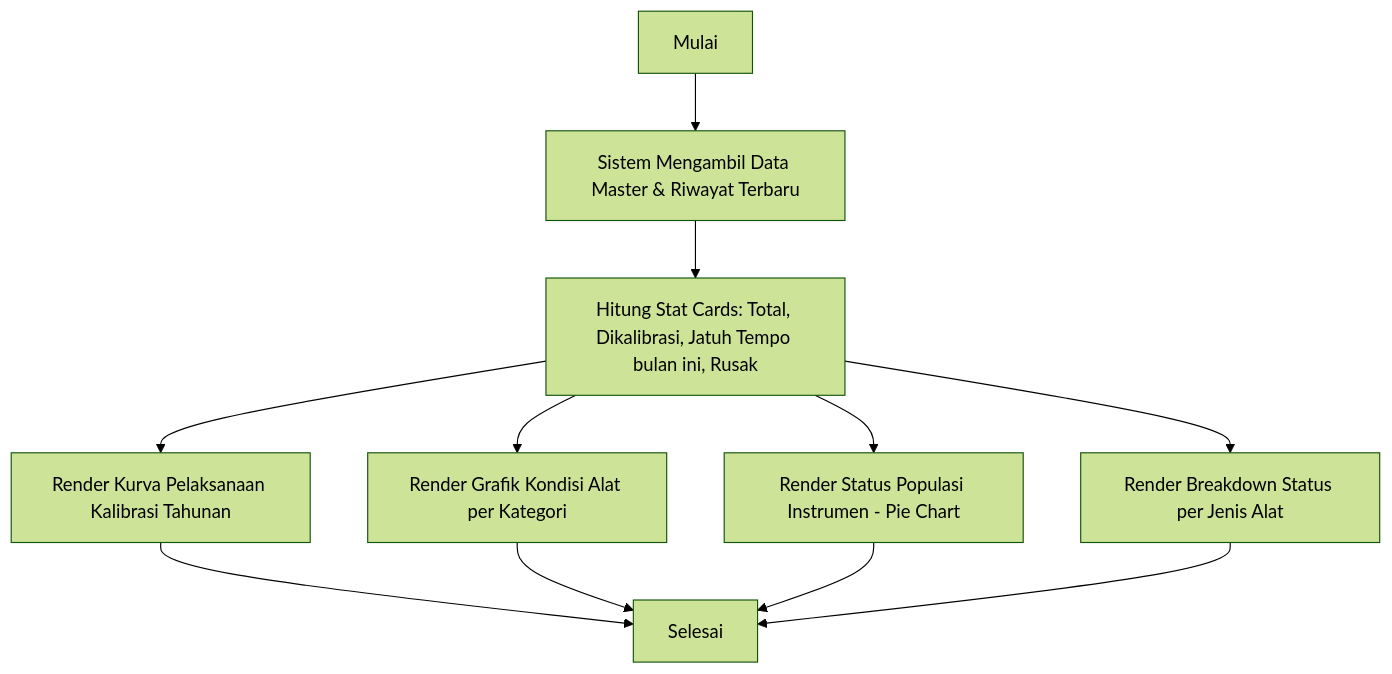
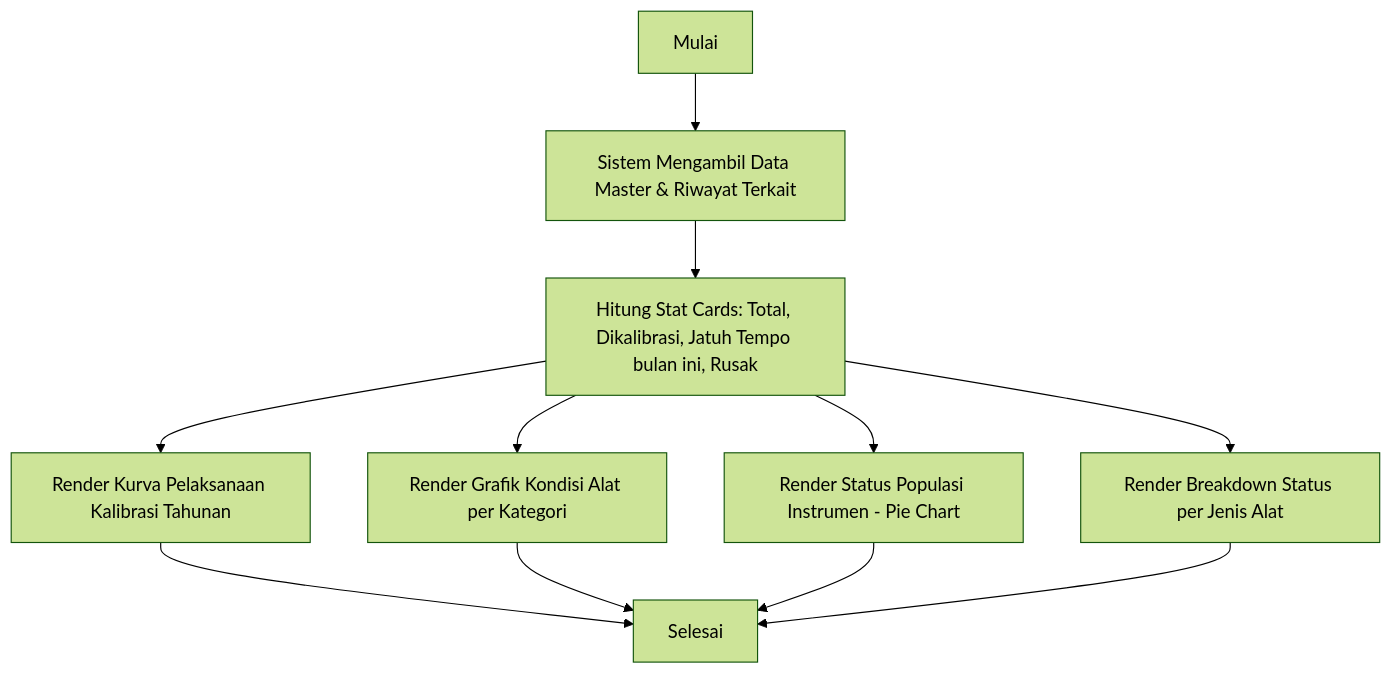
Before and after one commit to ebenlimbong/pmn-kalibrasi: the third of 7 diagrams in bpm_blueprint_teknis.md, drawn with Mermaid (forest theme). The commit also changed other lines of this file and 1 other file, not shown here.

````diff
--- a/bpm_blueprint_teknis.md
+++ b/bpm_blueprint_teknis.md
@@ -104,10 +103,10 @@
 ```mermaid
 flowchart TD
-    A[Mulai] --> B[Sistem Mengambil Data Master & Riwayat Terbaru]
+    A[Mulai] --> B[Sistem Mengambil Data Master & Riwayat Terkait]
     B --> C[Hitung Stat Cards: Total, Dikalibrasi, Jatuh Tempo bulan ini, Rusak]
     C --> D[Render Kurva Pelaksanaan Kalibrasi Tahunan]
     C --> E[Render Grafik Kondisi Alat per Kategori]
     C --> F[Render Status Populasi Instrumen - Pie Chart]
     C --> G[Render Breakdown Status per Jenis Alat]
     D & E & F & G --> H[Selesai]
 ```
````
